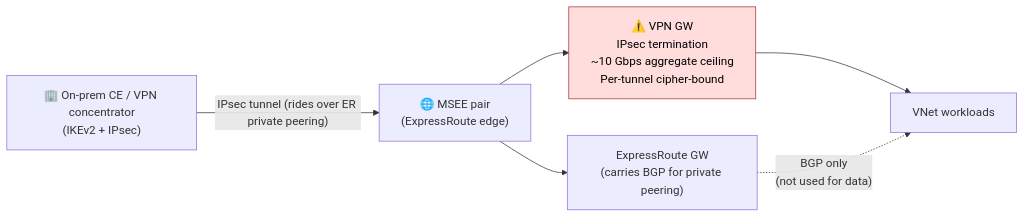
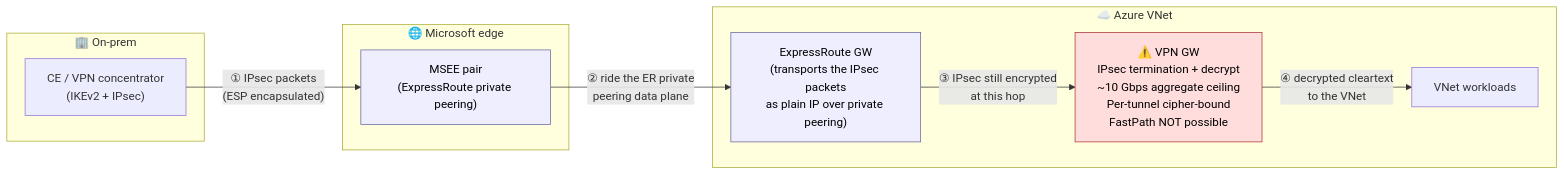
One commit to adtork/ipsec-over-er-to-er-only changed the first of 2 diagrams in README.md. Above: the diagram before and after it, drawn with Mermaid. The commit also changed other lines of this file, not shown here.

Commit message:
Before diagram: show IPsec stacked ON TOP of the ER underlay (4 numbered hops), not as parallel paths

````diff
--- a/README.md
+++ b/README.md
@@ -63,17 +63,26 @@
 ```mermaid
 flowchart LR
-    OnPrem["🏢 On-prem CE / VPN concentrator<br/>(IKEv2 + IPsec)"]
-    MSEE["🌐 MSEE pair<br/>(ExpressRoute edge)"]
-    ERGW["ExpressRoute GW<br/>(carries BGP for private peering)"]
-    VPNGW["⚠️ VPN GW<br/>IPsec termination<br/>~10 Gbps aggregate ceiling<br/>Per-tunnel cipher-bound"]
-    VNet["VNet workloads"]
+    subgraph OP["🏢 On-prem"]
+        CE["CE / VPN concentrator<br/>(IKEv2 + IPsec)"]
+    end
 
-    OnPrem -- "IPsec tunnel (rides over ER private peering)" --> MSEE
-    MSEE --> VPNGW
-    MSEE --> ERGW
-    VPNGW --> VNet
-    ERGW -. "BGP only<br/>(not used for data)" .-> VNet
+    subgraph EDGE["🌐 Microsoft edge"]
+        MSEE["MSEE pair<br/>(ExpressRoute private peering)"]
+    end
+
+    subgraph AZ["☁️ Azure VNet"]
+        ERGW["ExpressRoute GW<br/>(transports the IPsec packets<br/>as plain IP over private peering)"]
+        VPNGW["⚠️ VPN GW<br/>IPsec termination + decrypt<br/>~10 Gbps aggregate ceiling<br/>Per-tunnel cipher-bound<br/>FastPath NOT possible"]
+        VNet["VNet workloads"]
+    end
+
+    CE -- "① IPsec packets<br/>(ESP encapsulated)" --> MSEE
+    MSEE -- "② ride the ER private<br/>peering data plane" --> ERGW
+    ERGW -- "③ IPsec still encrypted<br/>at this hop" --> VPNGW
+    VPNGW -- "④ decrypted cleartext<br/>to the VNet" --> VNet
 
     classDef cap fill:#fdd,stroke:#a33,color:#000;
+    classDef underlay fill:#eef,stroke:#669,color:#000;
     class VPNGW cap
+    class ERGW,MSEE underlay
 ```
````
